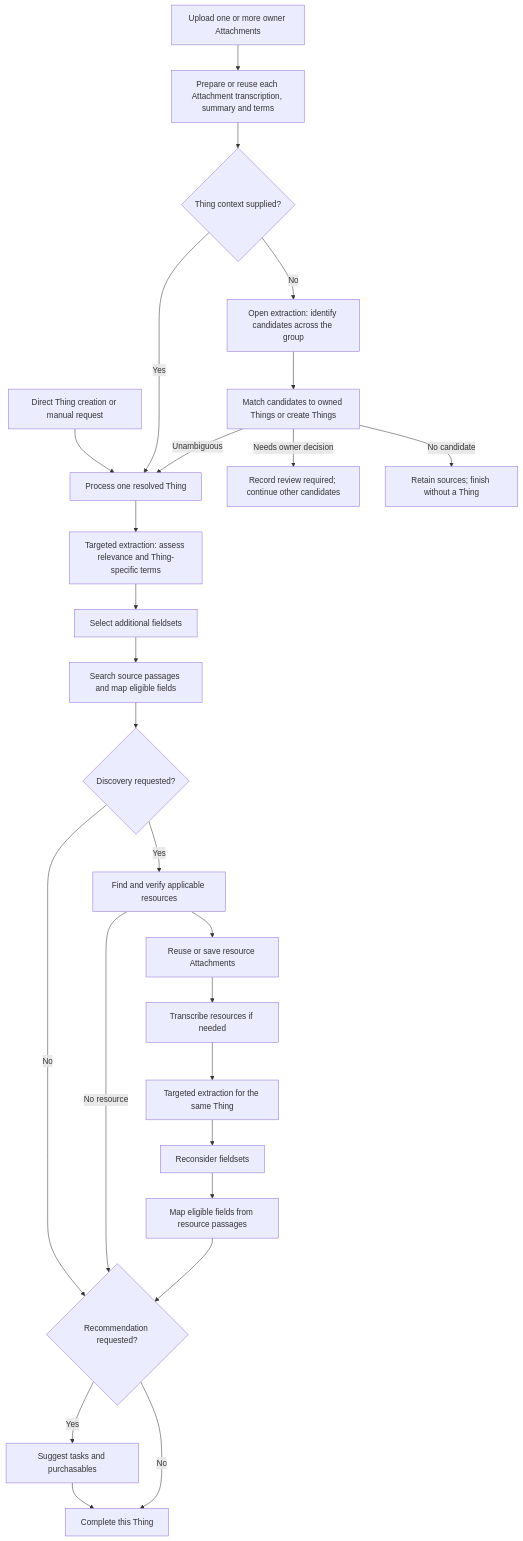
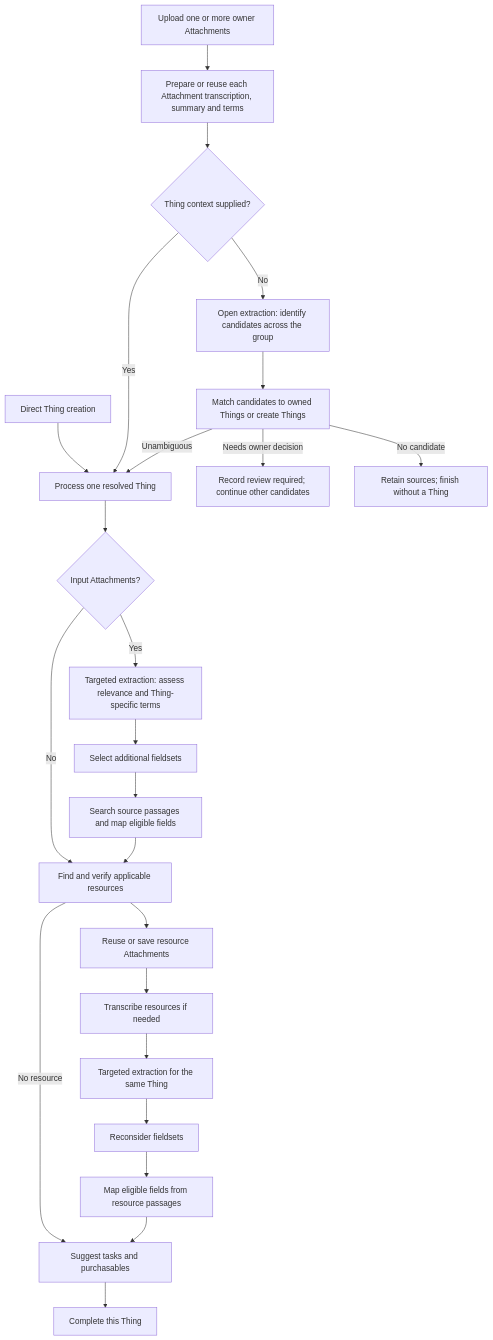
One commit to things-industries/boring-things changed the second of 2 diagrams in docs/plans/import-improvements.md. Above: the diagram before and after it, drawn with Mermaid. The commit also changed other lines of this file and 2 other files, not shown here.

````diff
--- a/docs/plans/import-improvements.md
+++ b/docs/plans/import-improvements.md
@@ -78,28 +78,27 @@
 ```mermaid
 flowchart TD
     Upload["Upload one or more owner Attachments"] --> Prepare["Prepare or reuse each Attachment transcription, summary and terms"]
     Prepare --> Context{"Thing context supplied?"}
     Context -->|"No"| Open["Open extraction: identify candidates across the group"]
     Open --> Resolve["Match candidates to owned Things or create Things"]
     Resolve -->|"Unambiguous"| Target["Process one resolved Thing"]
     Resolve -->|"Needs owner decision"| Review["Record review required; continue other candidates"]
     Resolve -->|"No candidate"| NoTarget["Retain sources; finish without a Thing"]
     Context -->|"Yes"| Target
-    Direct["Direct Thing creation or manual request"] --> Target
-    Target --> Assess["Targeted extraction: assess relevance and Thing-specific terms"]
+    Direct["Direct Thing creation"] --> Target
+    Target --> Sources{"Input Attachments?"}
+    Sources -->|"Yes"| Assess["Targeted extraction: assess relevance and Thing-specific terms"]
     Assess --> Sets["Select additional fieldsets"]
     Sets --> Map["Search source passages and map eligible fields"]
-    Map --> DiscoverGate{"Discovery requested?"}
-    DiscoverGate -->|"Yes"| Discover["Find and verify applicable resources"]
+    Map --> Discover["Find and verify applicable resources"]
+    Sources -->|"No"| Discover
     Discover --> Resource["Reuse or save resource Attachments"]
     Resource --> PrepareResource["Transcribe resources if needed"]
     PrepareResource --> ResourceAssess["Targeted extraction for the same Thing"]
     ResourceAssess --> ResourceSets["Reconsider fieldsets"]
     ResourceSets --> ResourceMap["Map eligible fields from resource passages"]
-    ResourceMap --> RecommendGate{"Recommendation requested?"}
-    Discover -->|"No resource"| RecommendGate
-    DiscoverGate -->|"No"| RecommendGate
-    RecommendGate -->|"Yes"| Recommend["Suggest tasks and purchasables"]
-    RecommendGate -->|"No"| Complete["Complete this Thing"]
+    ResourceMap --> Recommend["Suggest tasks and purchasables"]
+    Discover -->|"No resource"| Recommend
     Recommend --> Complete
+    Complete["Complete this Thing"]
 ```
````
